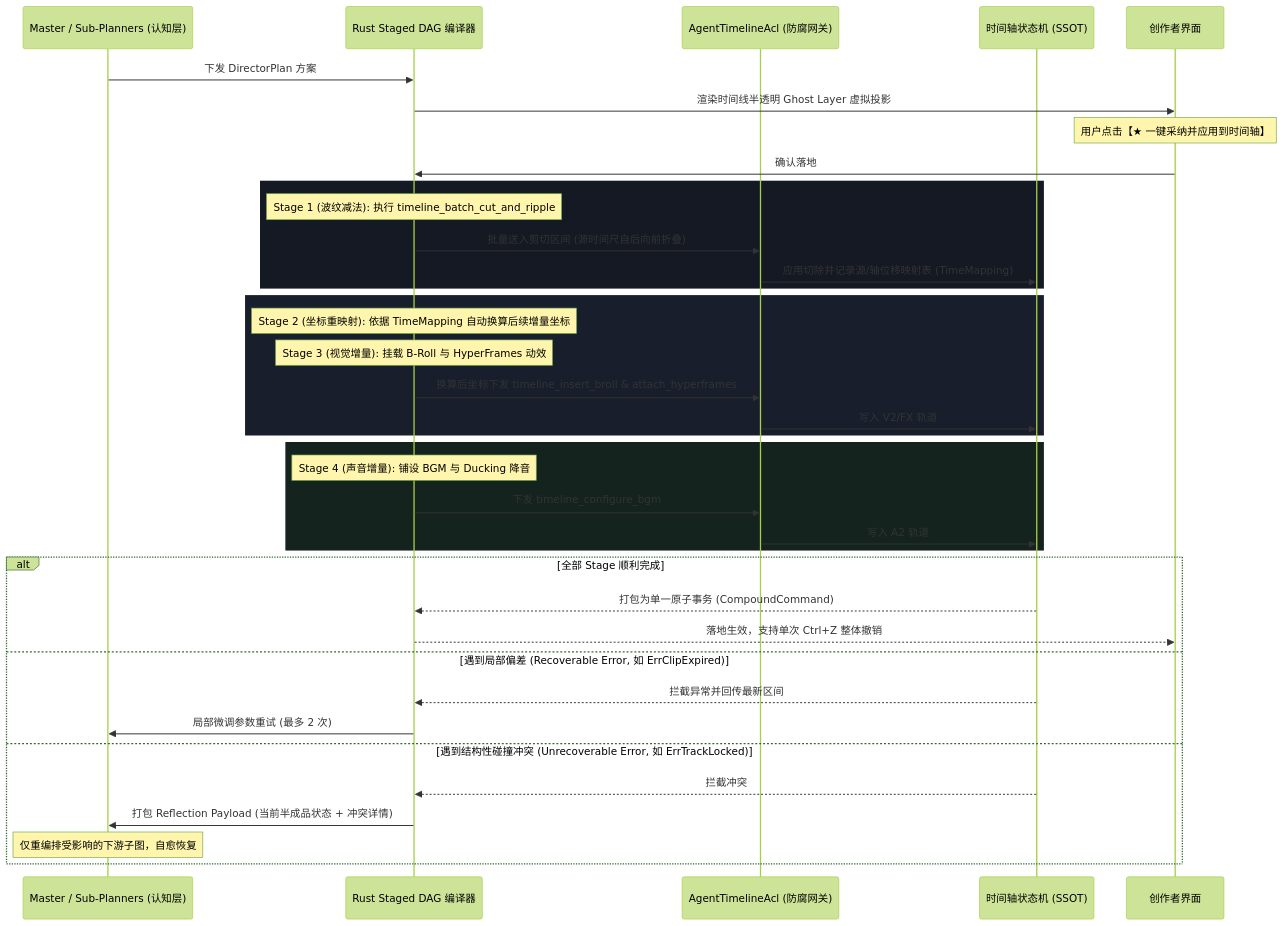
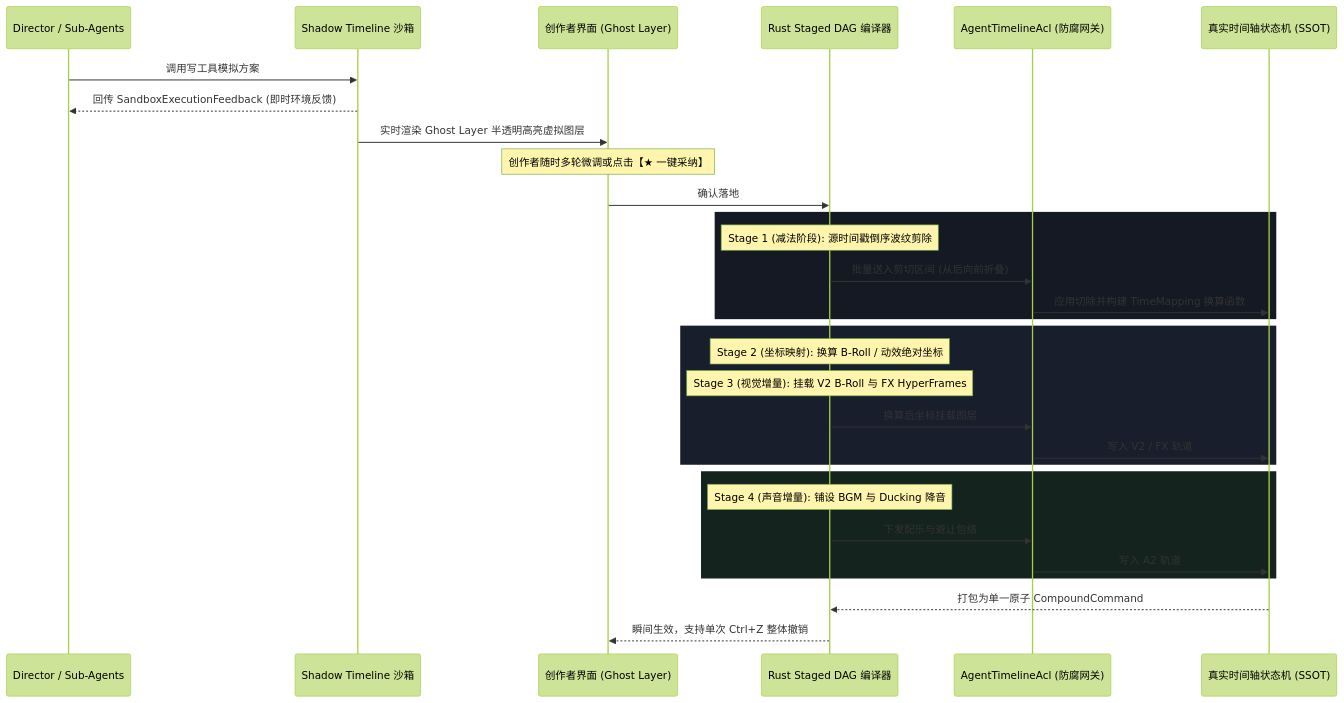
One commit to qiuku2022/ClipFlow changed the second of 2 diagrams in docs/agent-director-spec.md. Above: the diagram before and after it, drawn with Mermaid (forest theme). The commit also changed other lines of this file and 2 other files, not shown here.

````diff
--- a/docs/agent-director-spec.md
+++ b/docs/agent-director-spec.md
@@ -409,44 +488,37 @@
 ```mermaid
 sequenceDiagram
-    participant LLM as Master / Sub-Planners (认知层)
+    participant LLM as Director / Sub-Agents
+    participant Sandbox as Shadow Timeline 沙箱
+    participant UI as 创作者界面 (Ghost Layer)
     participant Host as Rust Staged DAG 编译器
     participant ACL as AgentTimelineAcl (防腐网关)
-    participant TL as 时间轴状态机 (SSOT)
-    participant UI as 创作者界面
+    participant TL as 真实时间轴状态机 (SSOT)
 
-    LLM->>Host: 下发 DirectorPlan 方案
-    Host->>UI: 渲染时间线半透明 Ghost Layer 虚拟投影
-    Note over UI: 用户点击【★ 一键采纳并应用到时间轴】
+    LLM->>Sandbox: 调用写工具模拟方案
+    Sandbox-->>LLM: 回传 SandboxExecutionFeedback (即时环境反馈)
+    Sandbox->>UI: 实时渲染 Ghost Layer 半透明高亮虚拟图层
+    Note over UI: 创作者随时多轮微调或点击【★ 一键采纳】
     UI->>Host: 确认落地
     
     rect rgb(20, 25, 35)
-        Note over Host: Stage 1 (波纹减法): 执行 timeline_batch_cut_and_ripple
-        Host->>ACL: 批量送入剪切区间 (源时间尺自后向前折叠)
-        ACL->>TL: 应用切除并记录源/轴位移映射表 (TimeMapping)
+        Note over Host: Stage 1 (减法阶段): 源时间戳倒序波纹剪除
+        Host->>ACL: 批量送入剪切区间 (从后向前折叠)
+        ACL->>TL: 应用切除并构建 TimeMapping 换算函数
     end
 
     rect rgb(25, 30, 45)
-        Note over Host: Stage 2 (坐标重映射): 依据 TimeMapping 自动换算后续增量坐标
-        Note over Host: Stage 3 (视觉增量): 挂载 B-Roll 与 HyperFrames 动效
-        Host->>ACL: 换算后坐标下发 timeline_insert_broll & attach_hyperframes
-        ACL->>TL: 写入 V2/FX 轨道
+        Note over Host: Stage 2 (坐标映射): 换算 B-Roll / 动效绝对坐标
+        Note over Host: Stage 3 (视觉增量): 挂载 V2 B-Roll 与 FX HyperFrames
+        Host->>ACL: 换算后坐标挂载图层
+        ACL->>TL: 写入 V2 / FX 轨道
     end
 
     rect rgb(20, 35, 30)
         Note over Host: Stage 4 (声音增量): 铺设 BGM 与 Ducking 降音
-        Host->>ACL: 下发 timeline_configure_bgm
+        Host->>ACL: 下发配乐与避让包络
         ACL->>TL: 写入 A2 轨道
     end
 
-    alt 全部 Stage 顺利完成
-        TL-->>Host: 打包为单一原子事务 (CompoundCommand)
-        Host-->>UI: 落地生效，支持单次 Ctrl+Z 整体撤销
-    else 遇到局部偏差 (Recoverable Error, 如 ErrClipExpired)
-        TL-->>Host: 拦截异常并回传最新区间
-        Host->>LLM: 局部微调参数重试 (最多 2 次)
-    else 遇到结构性碰撞冲突 (Unrecoverable Error, 如 ErrTrackLocked)
-        TL-->>Host: 拦截冲突
-        Host->>LLM: 打包 Reflection Payload (当前半成品状态 + 冲突详情)
-        Note over LLM: 仅重编排受影响的下游子图，自愈恢复
-    end
+    TL-->>Host: 打包为单一原子 CompoundCommand
+    Host-->>UI: 瞬间生效，支持单次 Ctrl+Z 整体撤销
 ```
````
